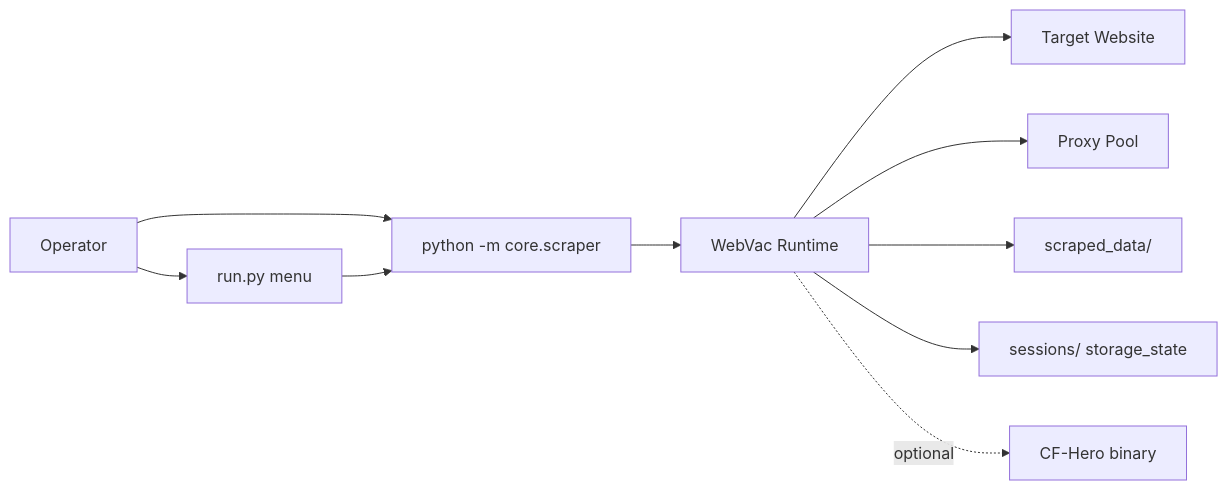
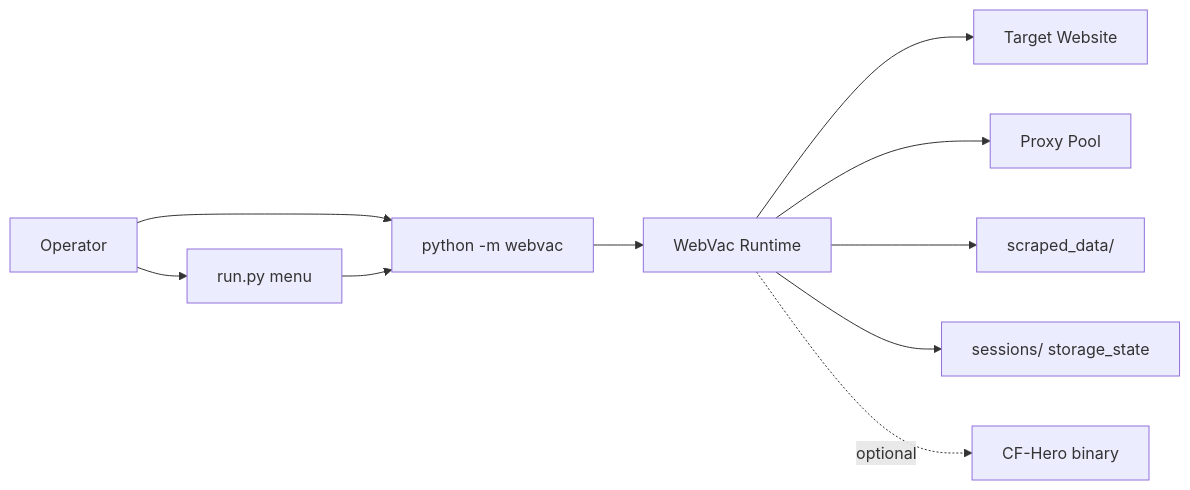
One commit to Shellghostt/WebVac changed the first of 5 diagrams in docs/ARCHITECTURE.md. Above: the diagram before and after it, drawn with Mermaid. The commit also changed other lines of this file and 203 other files, not shown here.

````diff
--- a/docs/ARCHITECTURE.md
+++ b/docs/ARCHITECTURE.md
@@ -18,12 +18,12 @@
 ```mermaid
 flowchart LR
   User["Operator"] --> Run["run.py menu"]
-  User --> CLI["python -m core.scraper"]
+  User --> CLI["python -m webvac"]
   Run --> CLI
   CLI --> WebVac["WebVac Runtime"]
   WebVac --> Target["Target Website"]
   WebVac --> Proxy["Proxy Pool"]
   WebVac --> Disk["scraped_data/"]
   WebVac --> Sess["sessions/ storage_state"]
   WebVac -.->|optional| CFHero["CF-Hero binary"]
 ```
````
